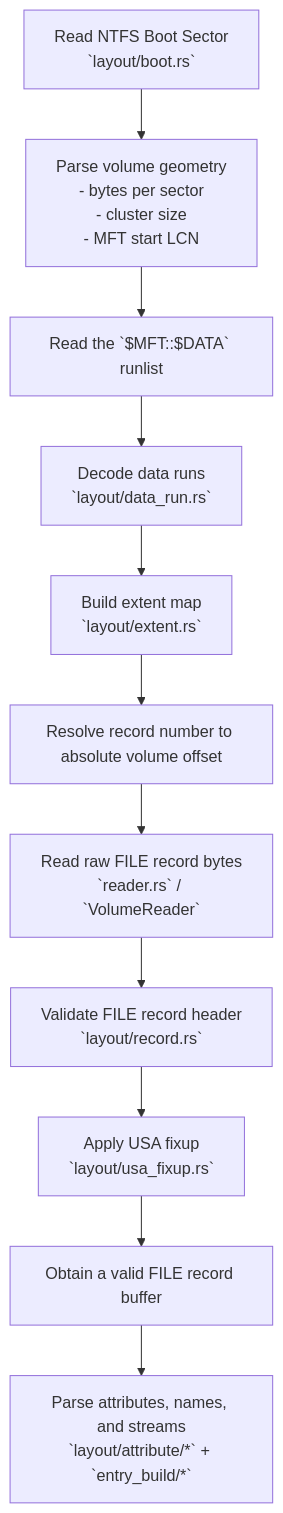
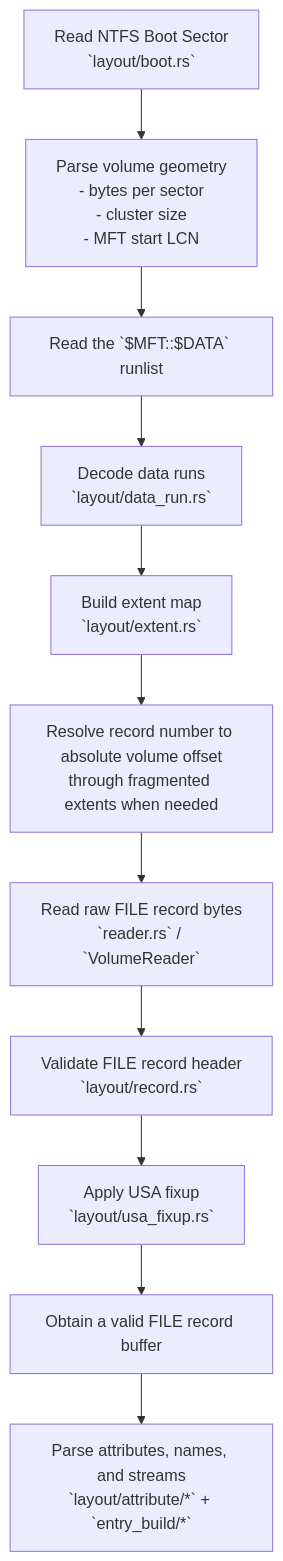
One commit to wangfu91/usn-journal-rs changed the first of 2 diagrams in src/raw_mft/README.md. Above: the diagram before and after it, drawn with Mermaid. The commit also changed other lines of this file and 1 other file, not shown here.

Commit message:
Clarify MFT extent mapping and cursor docs
Improve documentation around MFT extent mapping and lookup behavior.

- README: Explain resolving record numbers through fragmented extents and that the simple formula only applies when the MFT is contiguous.
- src/raw_mft/layout/extent.rs: Add module-level docs describing NTFS MFT extents and the purpose of the extent map; clarify record_count wording to mention sparse holes in the logical address space; document that record_offset is a one-shot call that creates its own cursor; and document that record_offset_with_cursor reuses a caller-owned cursor and is preferable when scanning nearby records.

````diff
--- a/src/raw_mft/README.md
+++ b/src/raw_mft/README.md
@@ -19,13 +19,13 @@
 ```mermaid
 flowchart TD
     A[Read NTFS Boot Sector<br/>`layout/boot.rs`] --> B[Parse volume geometry<br/>- bytes per sector<br/>- cluster size<br/>- MFT start LCN]
     B --> C[Read the `$MFT::$DATA` runlist]
     C --> D[Decode data runs<br/>`layout/data_run.rs`]
     D --> E[Build extent map<br/>`layout/extent.rs`]
-    E --> F[Resolve record number to absolute volume offset]
+    E --> F[Resolve record number to absolute volume offset<br/>through fragmented extents when needed]
     F --> G[Read raw FILE record bytes<br/>`reader.rs` / `VolumeReader`]
     G --> H[Validate FILE record header<br/>`layout/record.rs`]
     H --> I[Apply USA fixup<br/>`layout/usa_fixup.rs`]
     I --> J[Obtain a valid FILE record buffer]
     J --> K[Parse attributes, names, and streams<br/>`layout/attribute/*` + `entry_build/*`]
 ```
````
